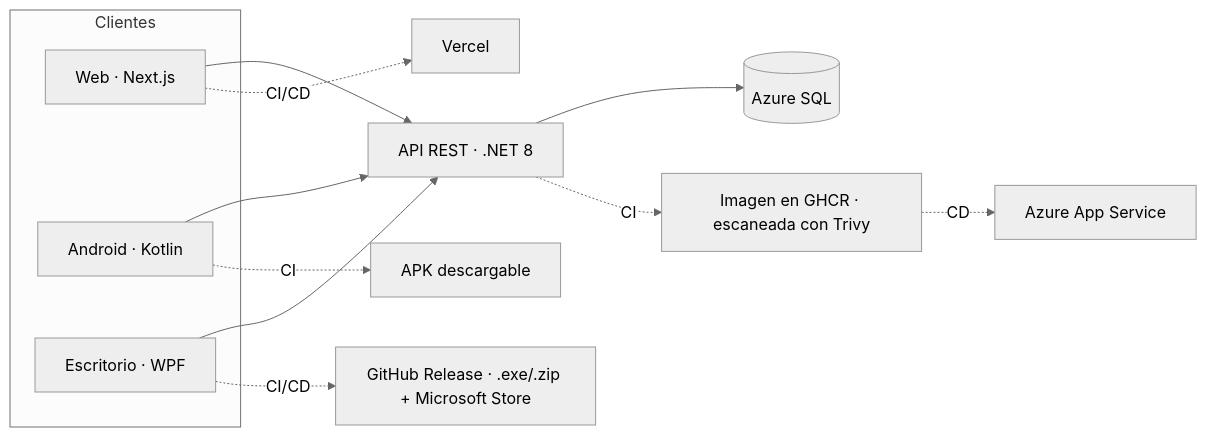
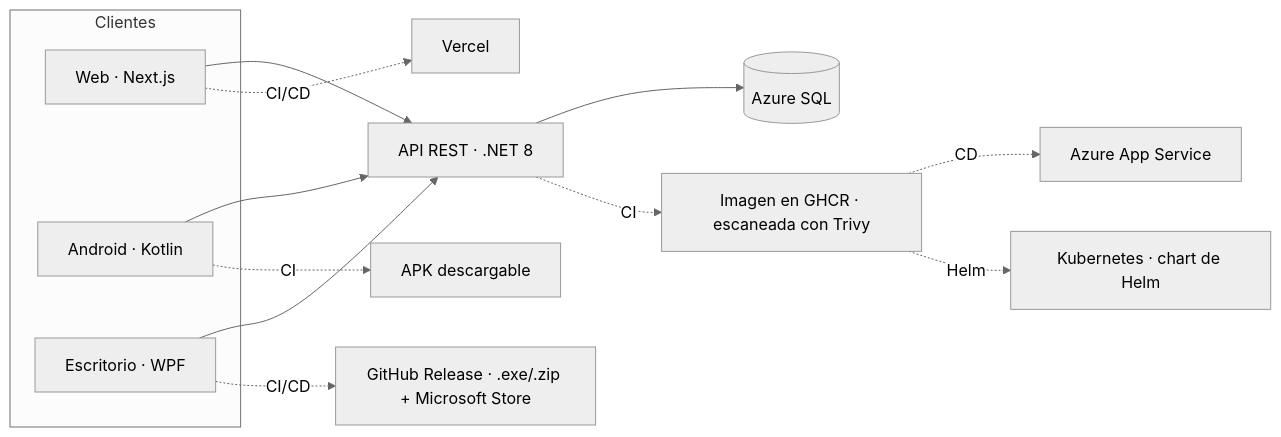
One commit to antonicr1986/antonicr1986 changed the diagram in README.md. Above: the diagram before and after it, drawn with Mermaid (neutral theme). The commit also changed other lines of this file and 1 other file, not shown here.

Commit message:
Update READMES with Kubernets and Helm new info

````diff
--- a/README.md
+++ b/README.md
@@ -48,22 +48,23 @@
 ```mermaid
 flowchart LR
     subgraph Clientes
         WEB[Web · Next.js]
         AND[Android · Kotlin]
         DESK[Escritorio · WPF]
     end
 
     API[API REST · .NET 8]
     DB[(Azure SQL)]
 
     WEB --> API
     AND --> API
     DESK --> API
     API --> DB
 
     API -. CI .-> GHCR[Imagen en GHCR · escaneada con Trivy]
     GHCR -. CD .-> AZ[Azure App Service]
     WEB -. CI/CD .-> VER[Vercel]
     AND -. CI .-> APK[APK descargable]
     DESK -. CI/CD .-> REL[GitHub Release · .exe/.zip + Microsoft Store]
+    GHCR -. Helm .-> K8S[Kubernetes · chart de Helm]
 ```
````
